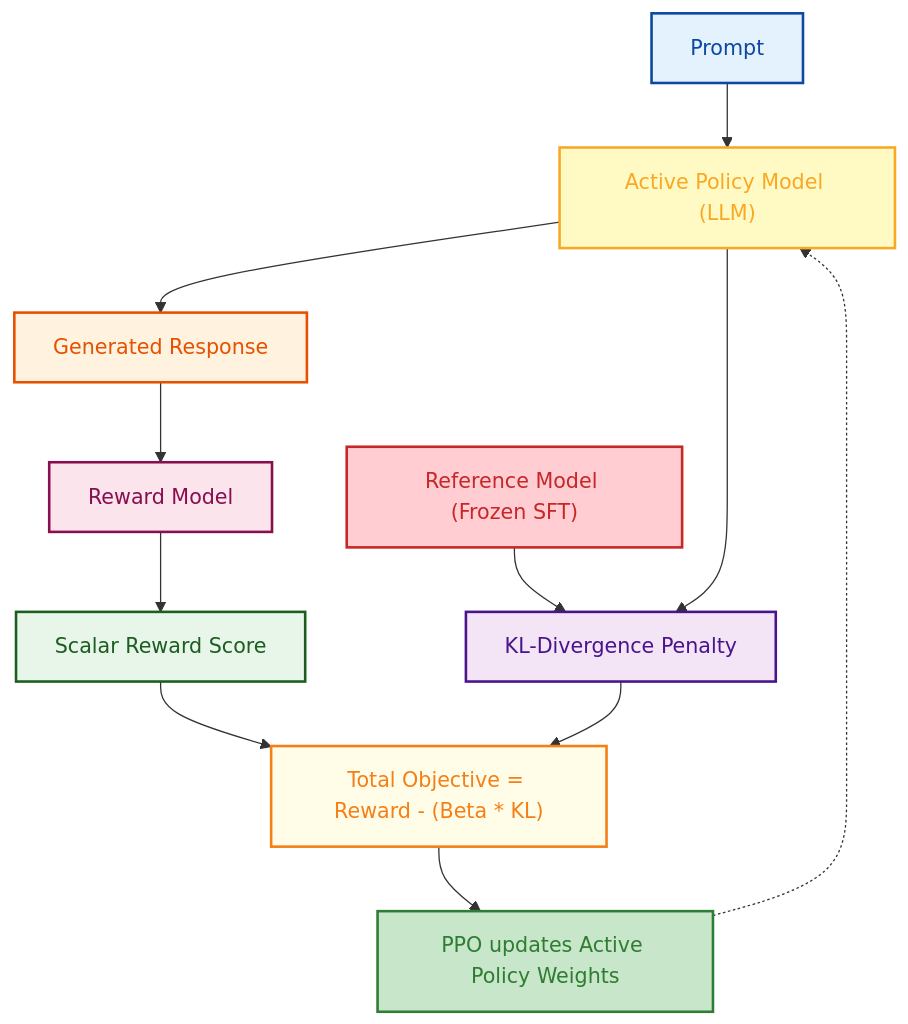
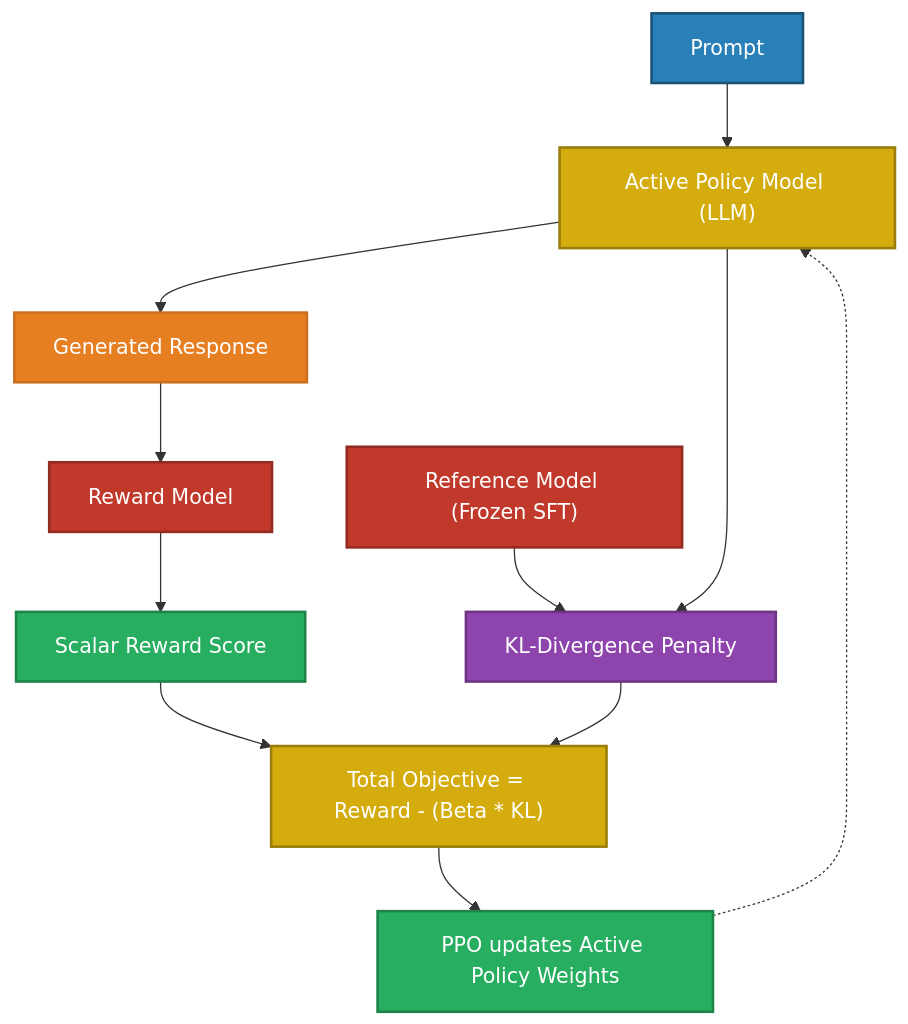
Before and after one commit to GyanendraChaubey/AI-Engineering-Notes: the first of 2 diagrams in docs/09-preference-alignment/README.md, drawn with Mermaid. The commit also changed other lines of this file and 15 other files, not shown here.

Commit message:
style: replace all Mermaid diagram colors with saturated palette + white text for dark mode compatibility (321 changes across 16 files)

````diff
--- a/docs/09-preference-alignment/README.md
+++ b/docs/09-preference-alignment/README.md
@@ -48,26 +48,26 @@
 ```mermaid
 flowchart TD
     A["Prompt"] --> B["Active Policy Model (LLM)"]
     B --> C["Generated Response"]
     C --> D["Reward Model"]
     
     D --> E["Scalar Reward Score"]
     
     F["Reference Model (Frozen SFT)"] --> G["KL-Divergence Penalty"]
     B --> G
     
     E --> H["Total Objective = Reward - (Beta * KL)"]
     G --> H
     
     H --> I["PPO updates Active Policy Weights"]
     I -.-> B
-    style A fill:#e3f2fd,stroke:#0d47a1,stroke-width:2px,color:#0d47a1
-    style B fill:#fff9c4,stroke:#f9a825,stroke-width:2px,color:#f9a825
-    style C fill:#fff3e0,stroke:#e65100,stroke-width:2px,color:#e65100
-    style D fill:#fce4ec,stroke:#880e4f,stroke-width:2px,color:#880e4f
-    style E fill:#e8f5e9,stroke:#1b5e20,stroke-width:2px,color:#1b5e20
-    style F fill:#ffcdd2,stroke:#c62828,stroke-width:2px,color:#c62828
-    style G fill:#f3e5f5,stroke:#4a148c,stroke-width:2px,color:#4a148c
-    style H fill:#fffde7,stroke:#f57f17,stroke-width:2px,color:#f57f17
-    style I fill:#c8e6c9,stroke:#2e7d32,stroke-width:2px,color:#2e7d32
+    style A fill:#2980B9,stroke:#1A5276,stroke-width:2px,color:#FFFFFF
+    style B fill:#D4AC0D,stroke:#9A7D0A,stroke-width:2px,color:#FFFFFF
+    style C fill:#E67E22,stroke:#CA6F1E,stroke-width:2px,color:#FFFFFF
+    style D fill:#C0392B,stroke:#922B21,stroke-width:2px,color:#FFFFFF
+    style E fill:#27AE60,stroke:#1E8449,stroke-width:2px,color:#FFFFFF
+    style F fill:#C0392B,stroke:#922B21,stroke-width:2px,color:#FFFFFF
+    style G fill:#8E44AD,stroke:#6C3483,stroke-width:2px,color:#FFFFFF
+    style H fill:#D4AC0D,stroke:#9A7D0A,stroke-width:2px,color:#FFFFFF
+    style I fill:#27AE60,stroke:#1E8449,stroke-width:2px,color:#FFFFFF
 ```
````
